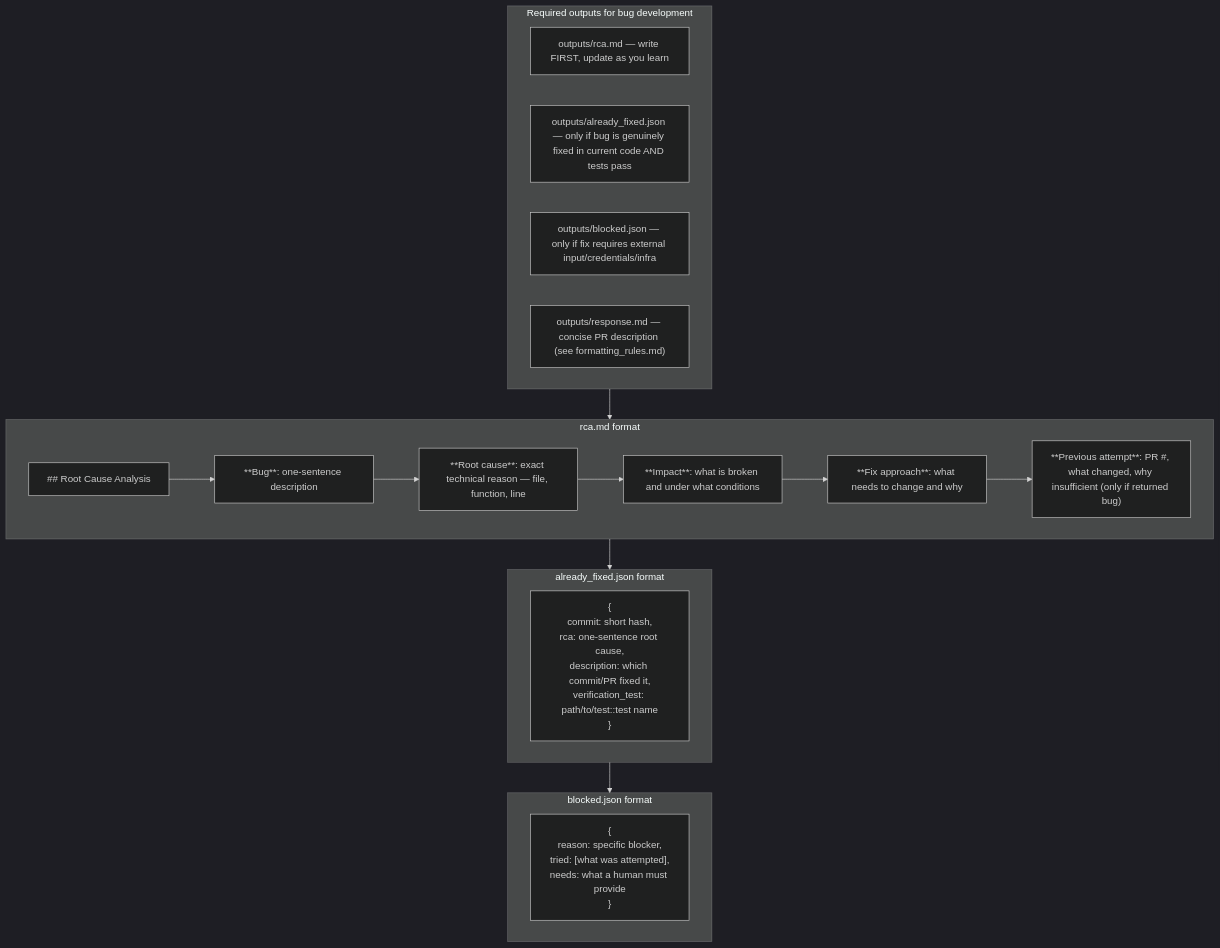
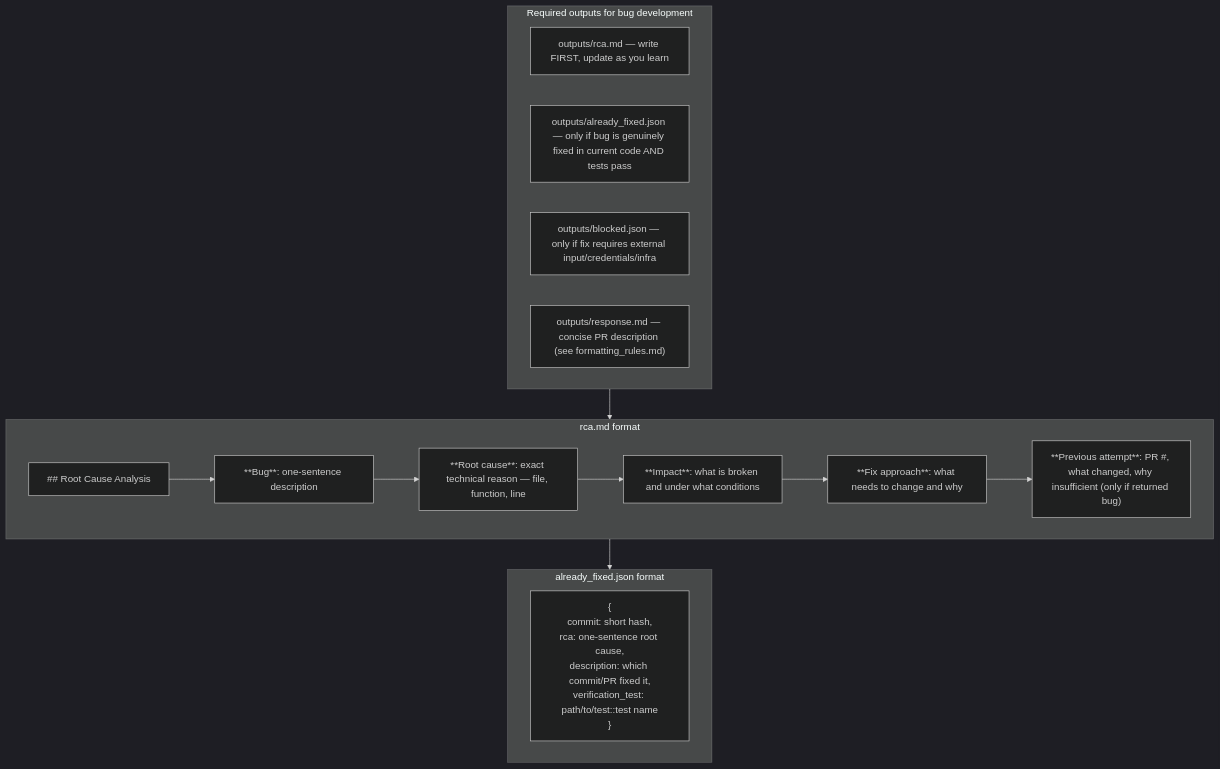
Before and after one commit to IstiN/dmtools-agents: the fifth of 10 diagrams in snapshots/bug_development.md, drawn with Mermaid (dark theme). The commit also changed other lines of this file and 99 other files, not shown here.

````diff
--- a/snapshots/bug_development.md
+++ b/snapshots/bug_development.md
@@ -152,29 +198,25 @@
 ```mermaid
 flowchart TD
     subgraph OUTPUTS["Required outputs for bug development"]
         O1["outputs/rca.md — write FIRST, update as you learn"]
         O2["outputs/already_fixed.json — only if bug is genuinely fixed in current code AND tests pass"]
         O3["outputs/blocked.json — only if fix requires external input/credentials/infra"]
         O4["outputs/response.md — concise PR description (see formatting_rules.md)"]
     end
 
     subgraph RCA["rca.md format"]
         R1["## Root Cause Analysis"]
         R2["**Bug**: one-sentence description"]
         R3["**Root cause**: exact technical reason — file, function, line"]
         R4["**Impact**: what is broken and under what conditions"]
         R5["**Fix approach**: what needs to change and why"]
         R6["**Previous attempt**: PR #, what changed, why insufficient (only if returned bug)"]
         R1 --> R2 --> R3 --> R4 --> R5 --> R6
     end
 
     subgraph ALREADY["already_fixed.json format"]
         A1["{<br/>commit: short hash,<br/>rca: one-sentence root cause,<br/>description: which commit/PR fixed it,<br/>verification_test: path/to/test::test name<br/>}"]
     end
 
-    subgraph BLOCKED["blocked.json format"]
-        B1["{<br/>reason: specific blocker,<br/>tried: [what was attempted],<br/>needs: what a human must provide<br/>}"]
-    end
-
-    OUTPUTS --> RCA --> ALREADY --> BLOCKED
+    OUTPUTS --> RCA --> ALREADY
 ```
````
